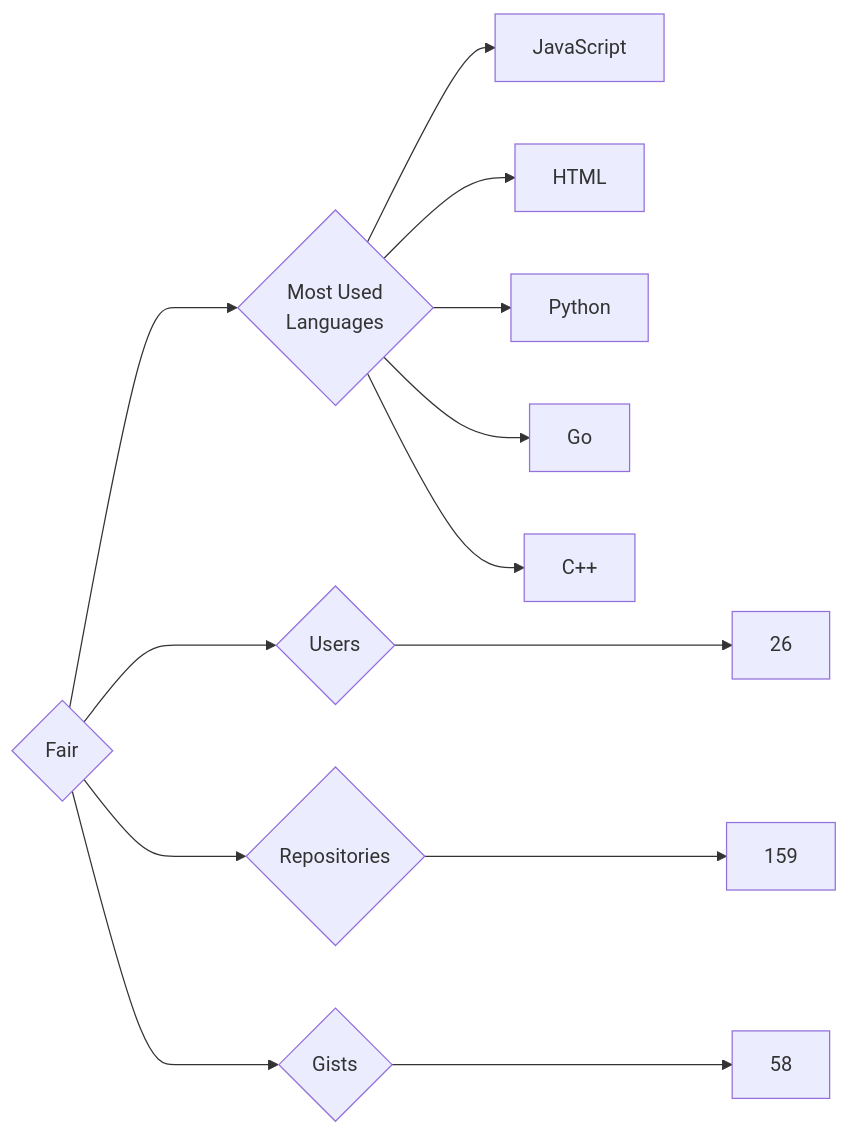
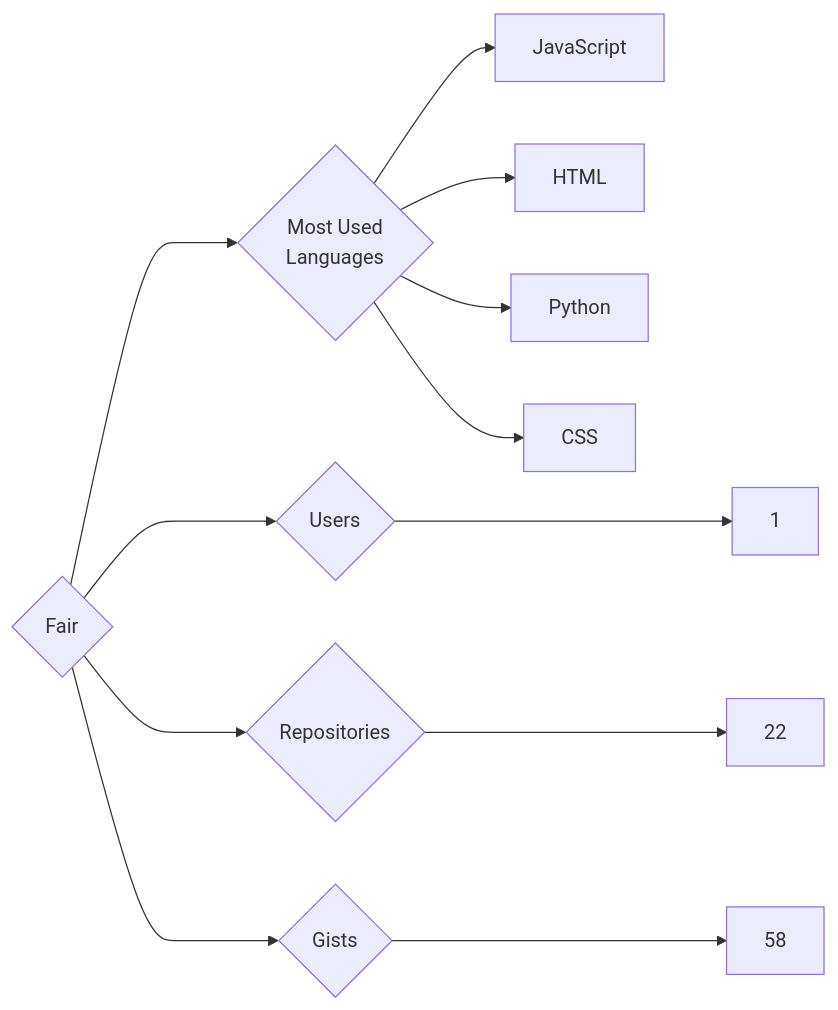
The diagram in targets/Fair/README.md (trickest/insiders), drawn with Mermaid before and after one commit. The commit also changed 914 other files, not shown here.

````diff
--- a/targets/Fair/README.md
+++ b/targets/Fair/README.md
@@ -3,13 +3,12 @@
 ```mermaid
 graph LR
 COMPANY_NAME{Fair}
-COMPANY_NAME ---> U{Users} ---> UN[26]
-COMPANY_NAME ---> R{Repositories} ---> RN[159]
+COMPANY_NAME ---> U{Users} ---> UN[1]
+COMPANY_NAME ---> R{Repositories} ---> RN[22]
 COMPANY_NAME ---> G{Gists} ---> GN[58]
 COMPANY_NAME ---> ML{Most Used<br>Languages}
 ML --> JavaScript[JavaScript]
 ML --> HTML[HTML]
 ML --> Python[Python]
-ML --> Go[Go]
-ML --> C++[C++]
+ML --> CSS[CSS]
 ```
````
